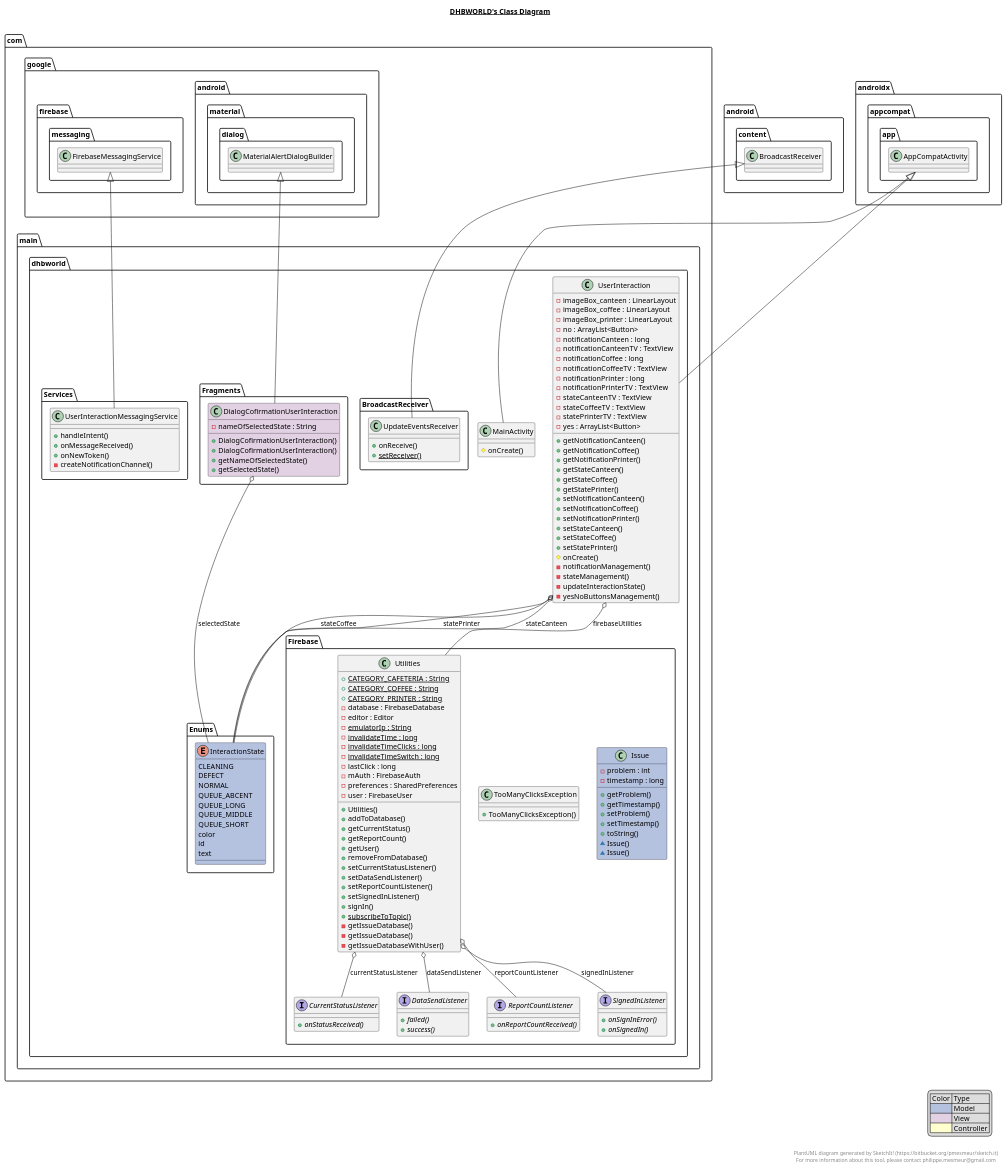
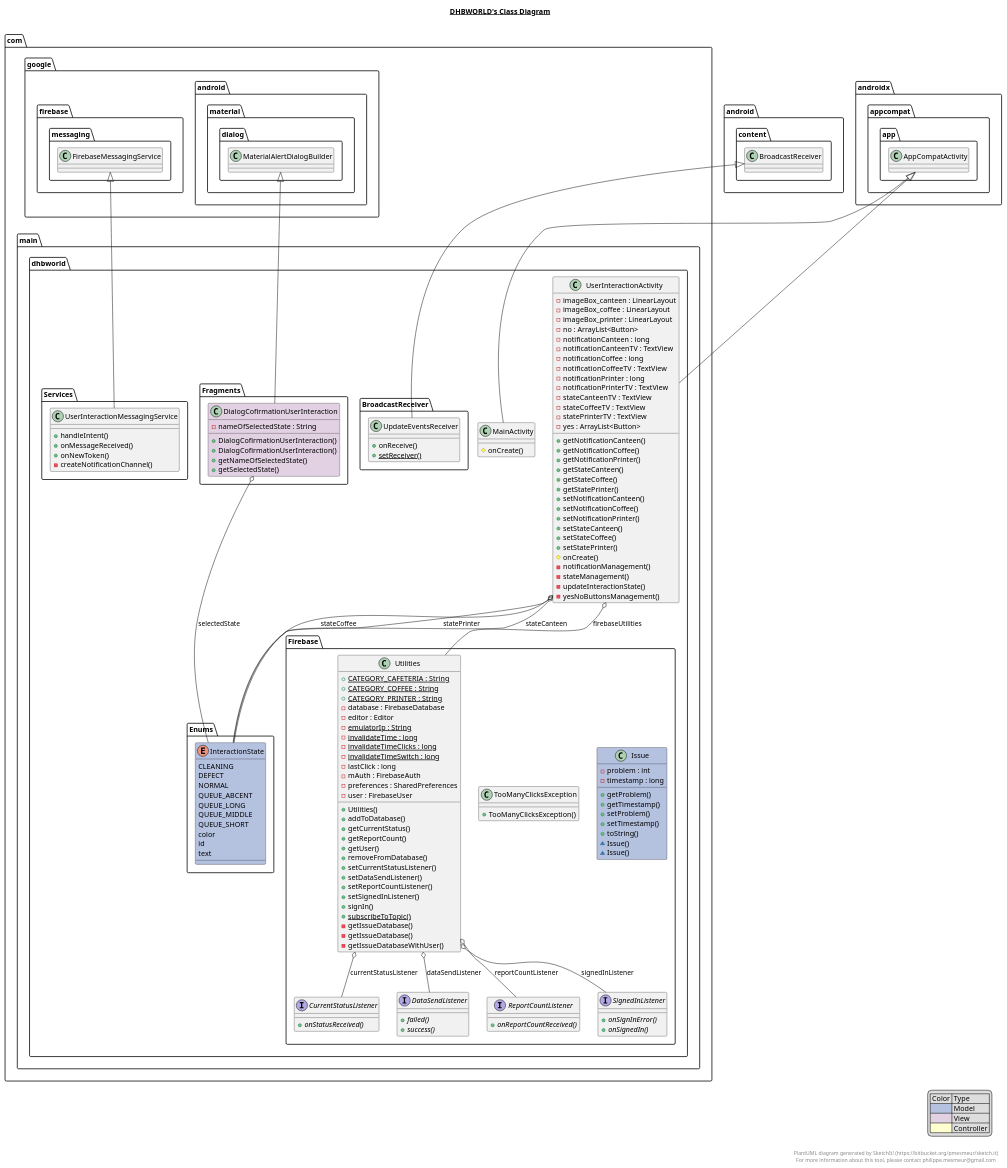
Before and after one commit to DHBWorld/DHBWorld: the diagram in app/src/main/java/com/main/dhbworld/dhbworld.plantuml, drawn with PlantUML. The commit also changed 6 other files, not shown here.

Commit message:
user interaction refactoring

```diff
--- a/app/src/main/java/com/main/dhbworld/dhbworld.plantuml
+++ b/app/src/main/java/com/main/dhbworld/dhbworld.plantuml
@@ -19,7 +19,7 @@
   
 
   namespace com.main.dhbworld {
-    class com.main.dhbworld.UserInteraction {
+    class com.main.dhbworld.UserInteractionActivity {
         - imageBox_canteen : LinearLayout
         - imageBox_coffee : LinearLayout
         - imageBox_printer : LinearLayout
@@ -219,11 +219,11 @@
   com.main.dhbworld.BroadcastReceiver.UpdateEventsReceiver -up-|> android.content.BroadcastReceiver
 
   com.main.dhbworld.MainActivity -up-|> androidx.appcompat.app.AppCompatActivity
-  com.main.dhbworld.UserInteraction -up-|> androidx.appcompat.app.AppCompatActivity
-  com.main.dhbworld.UserInteraction o-- com.main.dhbworld.Firebase.Utilities : firebaseUtilities
-  com.main.dhbworld.UserInteraction o-- com.main.dhbworld.Enums.InteractionState : stateCanteen
-  com.main.dhbworld.UserInteraction o-- com.main.dhbworld.Enums.InteractionState : stateCoffee
-  com.main.dhbworld.UserInteraction o-- com.main.dhbworld.Enums.InteractionState : statePrinter
+  com.main.dhbworld.UserInteractionActivity -up-|> androidx.appcompat.app.AppCompatActivity
+  com.main.dhbworld.UserInteractionActivity o-- com.main.dhbworld.Firebase.Utilities : firebaseUtilities
+  com.main.dhbworld.UserInteractionActivity o-- com.main.dhbworld.Enums.InteractionState : stateCanteen
+  com.main.dhbworld.UserInteractionActivity o-- com.main.dhbworld.Enums.InteractionState : stateCoffee
+  com.main.dhbworld.UserInteractionActivity o-- com.main.dhbworld.Enums.InteractionState : statePrinter
 
 right footer
 
```
